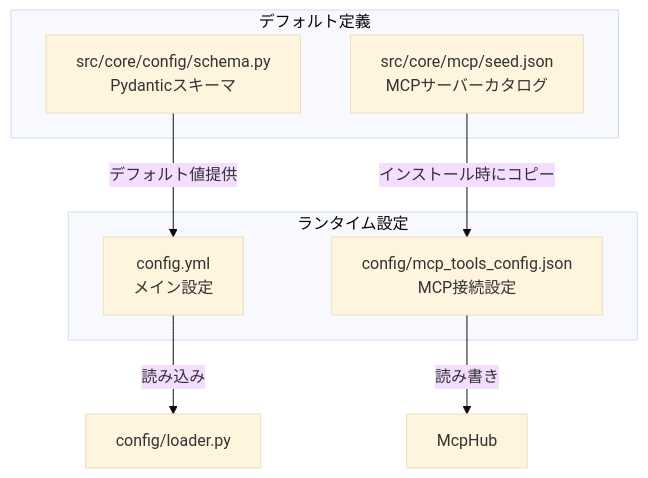
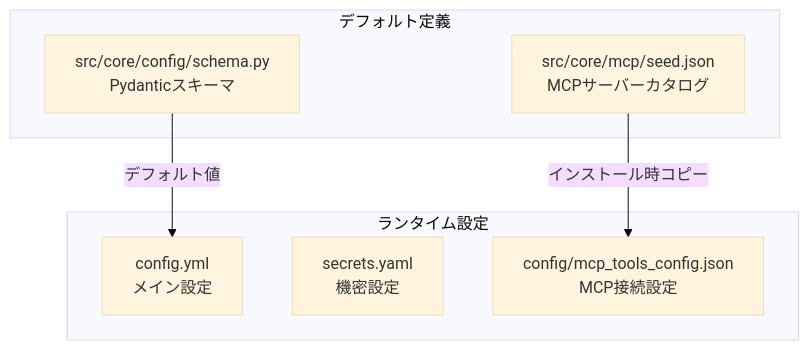
Before and after one commit to coco4atJP/Tepora-alpha: the eighth of 8 diagrams in docs/architecture/ARCHITECTURE.md, drawn with Mermaid (base theme). The commit also changed other lines of this file and 181 other files, not shown here.

````diff
--- a/docs/architecture/ARCHITECTURE.md
+++ b/docs/architecture/ARCHITECTURE.md
@@ -710,17 +1136,16 @@
 ```mermaid
 graph TB
     subgraph Runtime["ランタイム設定"]
         ConfigYml[config.yml<br/>メイン設定]
+        SecretsYml[secrets.yaml<br/>機密設定]
         McpJson[config/mcp_tools_config.json<br/>MCP接続設定]
     end
   
     subgraph Defaults["デフォルト定義"]
         Schema[src/core/config/schema.py<br/>Pydanticスキーマ]
         SeedJson[src/core/mcp/seed.json<br/>MCPサーバーカタログ]
     end
   
-    Schema -->|"デフォルト値提供"| ConfigYml
-    SeedJson -->|"インストール時にコピー"| McpJson
-    ConfigYml -->|"読み込み"| Loader[config/loader.py]
-    McpJson -->|"読み書き"| McpHub[McpHub]
+    Schema -->|デフォルト値| ConfigYml
+    SeedJson -->|インストール時コピー| McpJson
 ```
````
